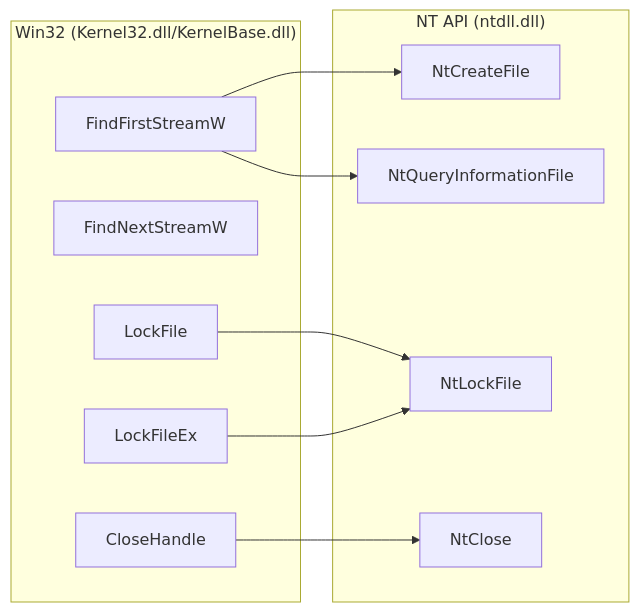
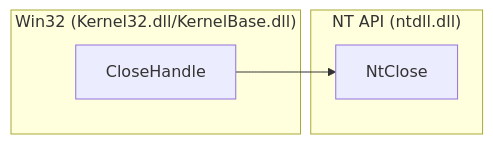
Before and after one commit to Sewer56/vfs-writeup: the tenth of 11 diagrams in docs/index.md, drawn with Mermaid. The commit also changed other lines of this file, not shown here.

````diff
--- a/docs/index.md
+++ b/docs/index.md
@@ -627,24 +627,13 @@
 ```mermaid
 flowchart LR
     subgraph Win32["Win32 (Kernel32.dll/KernelBase.dll)"]
-    FindFirstStreamW
-    FindNextStreamW
-    LockFile
-    LockFileEx
     CloseHandle
 
     end
 
     subgraph NT["NT API (ntdll.dll)"]
-    NtCreateFile
-    NtQueryInformationFile
-    NtLockFile
     NtClose
 
-    FindFirstStreamW --> NtCreateFile
-    FindFirstStreamW --> NtQueryInformationFile
-    LockFile --> NtLockFile
-    LockFileEx --> NtLockFile
     CloseHandle --> NtClose
     end
 ```
````
